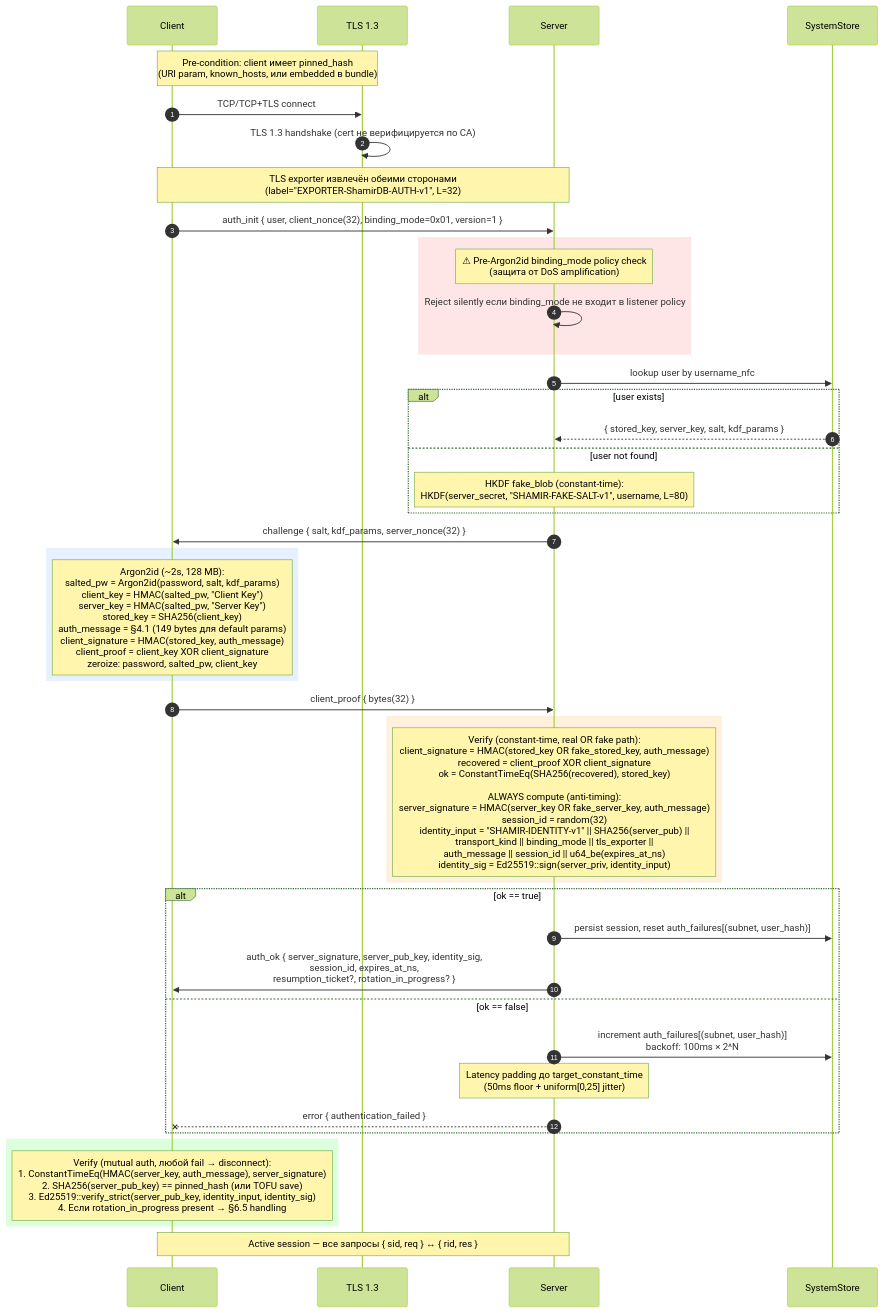
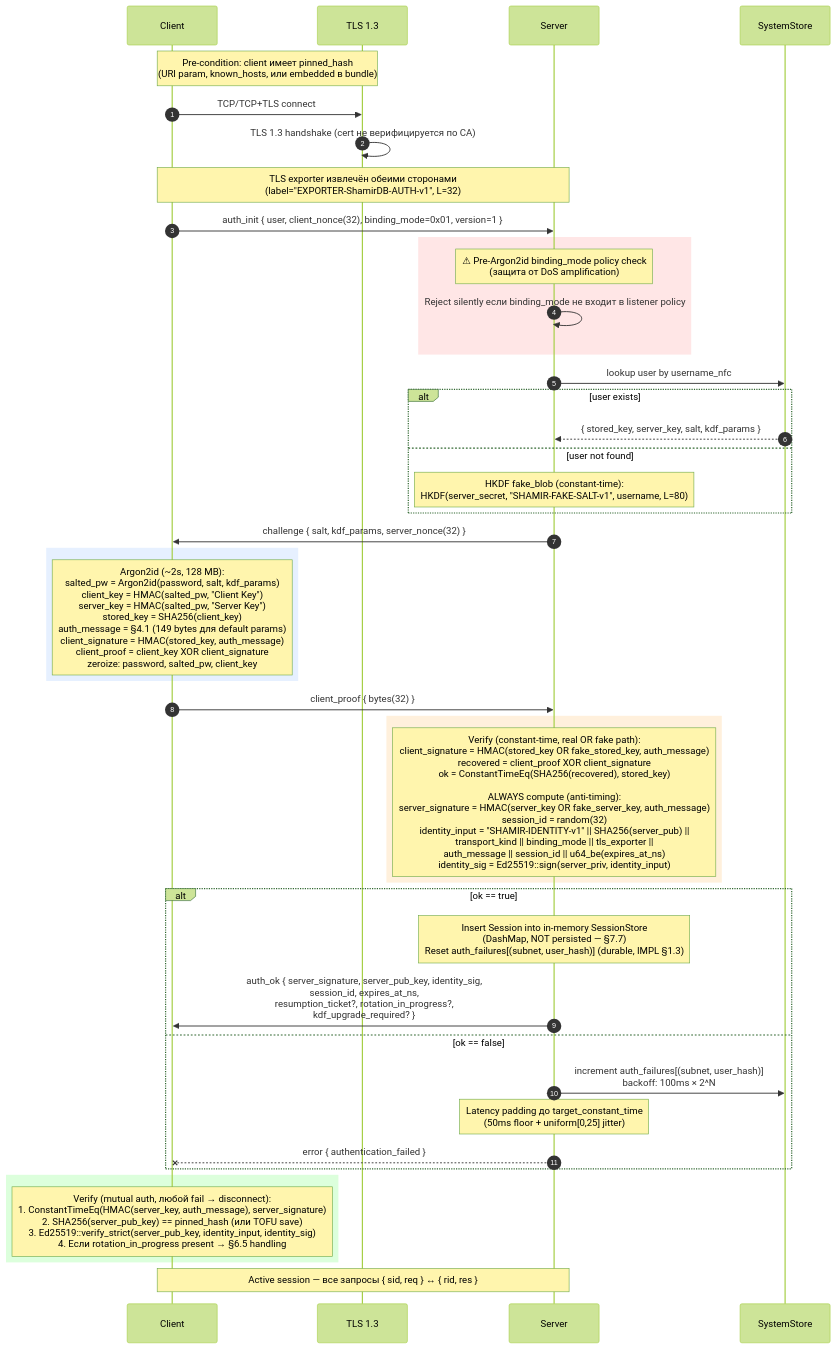
One commit to PHPCraftdream/shamir-db changed the diagram in spec/diagrams/01-initial-auth.md. Above: the diagram before and after it, drawn with Mermaid (forest theme). The commit also changed 2 other files, not shown here.

Commit message:
docs(spec): sync diagrams with spec — fix D1, D2, FAKE_SALT_V1 typo
Three discrepancies surfaced by the spec/diagram cross-review:

- spec/diagrams/01-initial-auth.md step 16: "persist session → SystemStore"
  arrow contradicted AUTH §7.7 (sessions are in-memory only). Replaced
  with an in-memory SessionStore note and added kdf_upgrade_required to
  the auth_ok payload schema (already mandated by §2.4).

- spec/diagrams/10-session-lifecycle.md: ChangePwPending → Idle on
  changePassword OK contradicted §12.5.3 (success kills the session).
  Inner-state arrow now back to Idle only on TTL expiry / proof fail;
  success path terminates session via outer transition.

- spec/AUTH_PROTOCOL.md §5.2.1: typo "18 bytes ASCII" for the literal
  "SHAMIR-FAKE-SALT-v1" — the string is 19 bytes. Implementation was
  always correct.

````diff
--- a/spec/diagrams/01-initial-auth.md
+++ b/spec/diagrams/01-initial-auth.md
@@ -5,55 +5,55 @@
 ```mermaid
 sequenceDiagram
     autonumber
     participant C as Client
     participant T as TLS 1.3
     participant S as Server
     participant DB as SystemStore
 
     Note over C,T: Pre-condition: client имеет pinned_hash<br/>(URI param, known_hosts, или embedded в bundle)
 
     C->>T: TCP/TCP+TLS connect
     T->>T: TLS 1.3 handshake (cert не верифицируется по CA)
     Note over C,S: TLS exporter извлечён обеими сторонами<br/>(label="EXPORTER-ShamirDB-AUTH-v1", L=32)
 
     C->>S: auth_init { user, client_nonce(32), binding_mode=0x01, version=1 }
 
     rect rgb(255, 230, 230)
     Note over S: ⚠ Pre-Argon2id binding_mode policy check<br/>(защита от DoS amplification)
     S->>S: Reject silently если binding_mode не входит в listener policy
     end
 
     S->>DB: lookup user by username_nfc
     alt user exists
         DB-->>S: { stored_key, server_key, salt, kdf_params }
     else user not found
         Note over S: HKDF fake_blob (constant-time):<br/>HKDF(server_secret, "SHAMIR-FAKE-SALT-v1", username, L=80)
     end
 
     S->>C: challenge { salt, kdf_params, server_nonce(32) }
 
     rect rgb(230, 240, 255)
     Note over C: Argon2id (~2s, 128 MB):<br/>salted_pw = Argon2id(password, salt, kdf_params)<br/>client_key = HMAC(salted_pw, "Client Key")<br/>server_key = HMAC(salted_pw, "Server Key")<br/>stored_key = SHA256(client_key)<br/>auth_message = §4.1 (149 bytes для default params)<br/>client_signature = HMAC(stored_key, auth_message)<br/>client_proof = client_key XOR client_signature<br/>zeroize: password, salted_pw, client_key
     end
 
     C->>S: client_proof { bytes(32) }
 
     rect rgb(255, 240, 220)
     Note over S: Verify (constant-time, real OR fake path):<br/>client_signature = HMAC(stored_key OR fake_stored_key, auth_message)<br/>recovered = client_proof XOR client_signature<br/>ok = ConstantTimeEq(SHA256(recovered), stored_key)<br/><br/>ALWAYS compute (anti-timing):<br/>server_signature = HMAC(server_key OR fake_server_key, auth_message)<br/>session_id = random(32)<br/>identity_input = "SHAMIR-IDENTITY-v1" || SHA256(server_pub) ||<br/>                 transport_kind || binding_mode || tls_exporter ||<br/>                 auth_message || session_id || u64_be(expires_at_ns)<br/>identity_sig = Ed25519::sign(server_priv, identity_input)
     end
 
     alt ok == true
-        S->>DB: persist session, reset auth_failures[(subnet, user_hash)]
-        S->>C: auth_ok { server_signature, server_pub_key, identity_sig,<br/>session_id, expires_at_ns,<br/>resumption_ticket?, rotation_in_progress? }
+        Note over S: Insert Session into in-memory SessionStore<br/>(DashMap, NOT persisted — §7.7)<br/>Reset auth_failures[(subnet, user_hash)] (durable, IMPL §1.3)
+        S->>C: auth_ok { server_signature, server_pub_key, identity_sig,<br/>session_id, expires_at_ns,<br/>resumption_ticket?, rotation_in_progress?,<br/>kdf_upgrade_required? }
     else ok == false
         S->>DB: increment auth_failures[(subnet, user_hash)]<br/>backoff: 100ms × 2^N
         Note over S: Latency padding до target_constant_time<br/>(50ms floor + uniform[0,25] jitter)
         S--xC: error { authentication_failed }
     end
 
     rect rgb(220, 255, 220)
     Note over C: Verify (mutual auth, любой fail → disconnect):<br/>1. ConstantTimeEq(HMAC(server_key, auth_message), server_signature)<br/>2. SHA256(server_pub_key) == pinned_hash (или TOFU save)<br/>3. Ed25519::verify_strict(server_pub_key, identity_input, identity_sig)<br/>4. Если rotation_in_progress present → §6.5 handling
     end
 
     Note over C,S: Active session — все запросы { sid, req } ↔ { rid, res }
 ```
````
